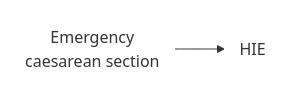
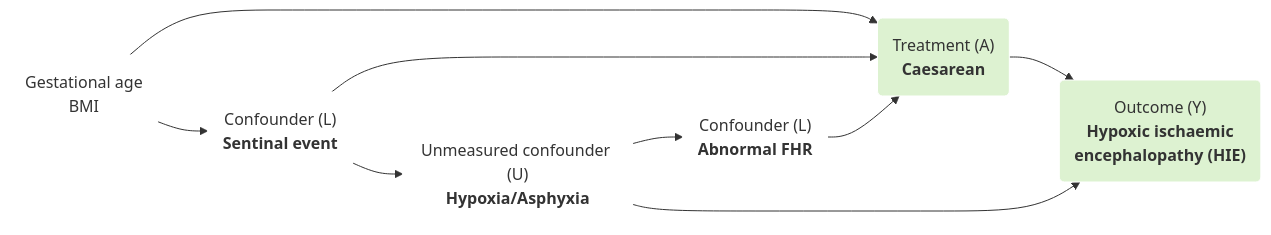
One commit to birth-outcomes/birth_outcomes_summary changed the first of 2 diagrams in our_study/6_proposal_2.md. Above: the diagram before and after it, drawn with Mermaid. The commit also changed other lines of this file and 2 other files, not shown here.

`````diff
--- a/our_study/6_proposal_2.md
+++ b/our_study/6_proposal_2.md
@@ -29,13 +39,19 @@
 ````{mermaid}
   flowchart LR;
 
-    t("Emergency<br>caesarean section"):::white;
-    o("HIE"):::white;
-
-    t --> o;
-
+    L_sen("Confounder (L)<br><b>Sentinal event</b>"):::white;
+    L_fhr("Confounder (L)<br><b>Abnormal FHR</b>"):::white;
+    U("Unmeasured confounder (U)<br><b>Hypoxia/Asphyxia</b>"):::white;
+    A("Treatment (A)<br><b>Caesarean</b>"):::green;
+    Y("Outcome (Y)<br><b>Hypoxic ischaemic<br>encephalopathy (HIE)</b>"):::green;
+    age("Gestational age<br>BMI"):::white;
+  
+    age --> L_sen; age --> A;
+    L_sen --> U; L_sen --> A;
+    A --> Y;
+    U --> L_fhr; L_fhr --> A; U --> Y;
+  
     classDef white fill:#FFFFFF, stroke:#FFFFFF;
     classDef black fill:#FFFFFF, stroke:#000000;
-    classDef empty width:0px,height:0px;
     classDef green fill:#DDF2D1, stroke: #FFFFFF;
 ````
`````
